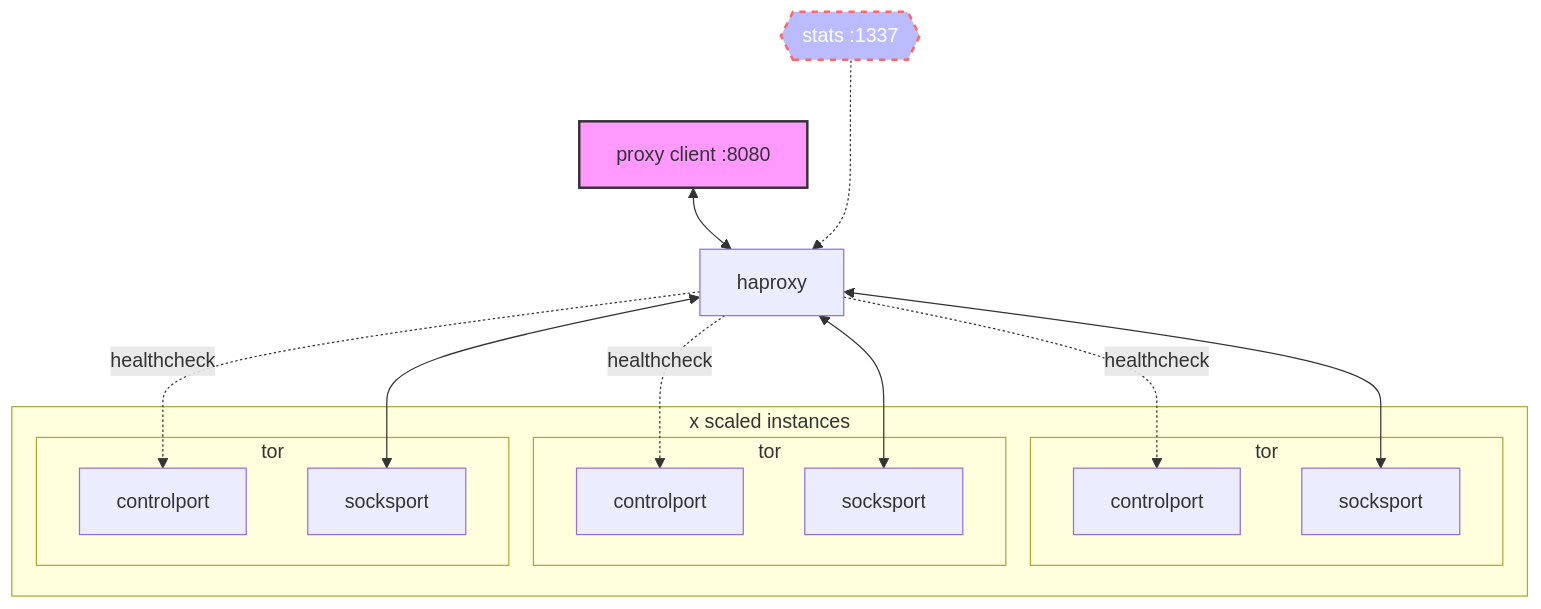
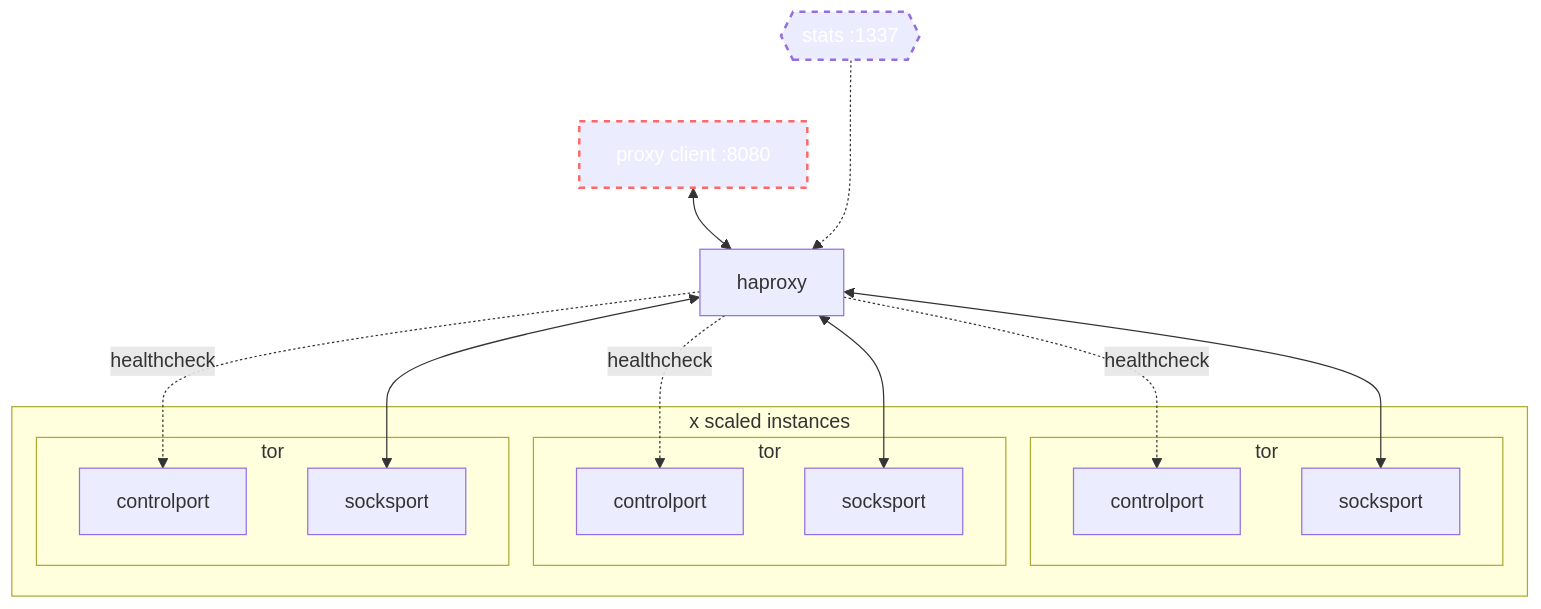
One commit to joshhighet/multisocks changed the diagram in README.md. Above: the diagram before and after it, drawn with Mermaid.

````diff
--- a/README.md
+++ b/README.md
@@ -19,28 +19,28 @@
 ```mermaid
 flowchart TB
     sclient[proxy client :8080]<-->front
     stat{{stats :1337}}-..->front
     front[haproxy]
-    style sclient fill:#f9f,stroke:#333,stroke-width:2px
-    style stat fill:#bbf,stroke:#f66,stroke-width:2px,color:#fff,stroke-dasharray: 5 5
+    style stat stroke-width:2px,color:#fff,stroke-dasharray: 5 5
+    style sclient stroke:#f66,stroke-width:2px,color:#fff,stroke-dasharray: 5 5
     subgraph scaler[x scaled instances]
         subgraph tor1 [tor]
         ctrl[controlport]
         sock[socksport]
         end
         subgraph tor2 [tor]
         ctrl2[controlport]
         sock2[socksport]
         end
         subgraph tor3 [tor]
         ctrl3[controlport]
         sock3[socksport]
         end
     end
     front<-->sock
     front-. healthcheck .-> ctrl
     front<-->sock2
     front-. healthcheck .-> ctrl2
     front<-->sock3
     front-. healthcheck .-> ctrl3
 ```
````
